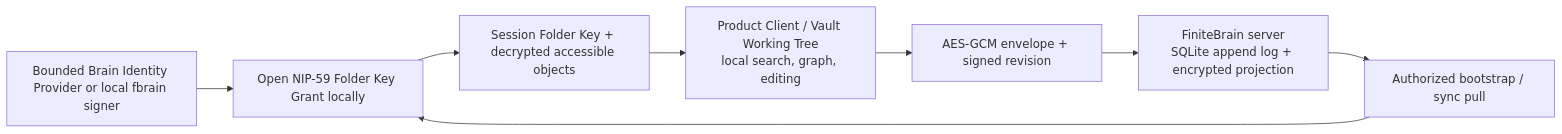
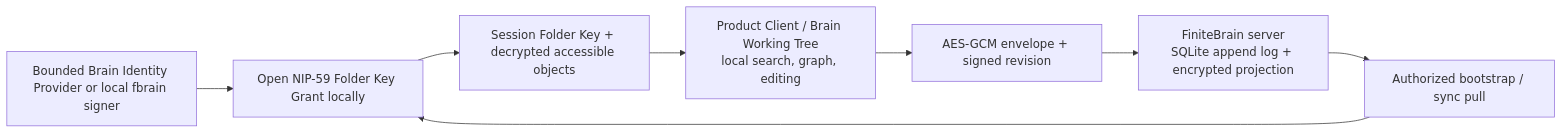
Before and after one commit to finitecomputer/finite-mono: the diagram in finite-brain/docs/research/2026-07-13-finitebrain-source-research.md, drawn with Mermaid. The commit also changed other lines of this file and 191 other files, not shown here.

Commit message:
feat(brain): hard-cut product contracts to Brain

````diff
--- a/finite-brain/docs/research/2026-07-13-finitebrain-source-research.md
+++ b/finite-brain/docs/research/2026-07-13-finitebrain-source-research.md
@@ -30,10 +30,10 @@
 ```mermaid
 flowchart LR
   A["Bounded Brain Identity Provider or local fbrain signer"] --> B["Open NIP-59 Folder Key Grant locally"]
   B --> C["Session Folder Key + decrypted accessible objects"]
-  C --> D["Product Client / Vault Working Tree\nlocal search, graph, editing"]
+  C --> D["Product Client / Brain Working Tree\nlocal search, graph, editing"]
   D --> E["AES-GCM envelope + signed revision"]
   E --> F["FiniteBrain server\nSQLite append log + encrypted projection"]
   F --> G["Authorized bootstrap / sync pull"]
   G --> B
 ```
````
